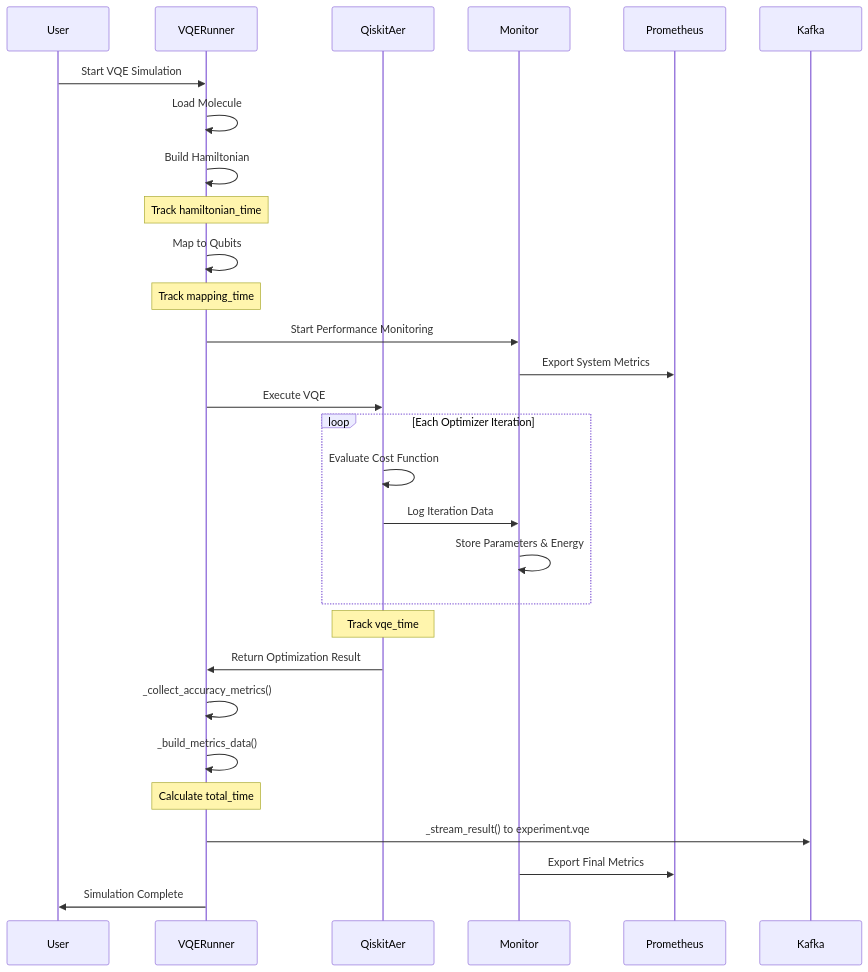
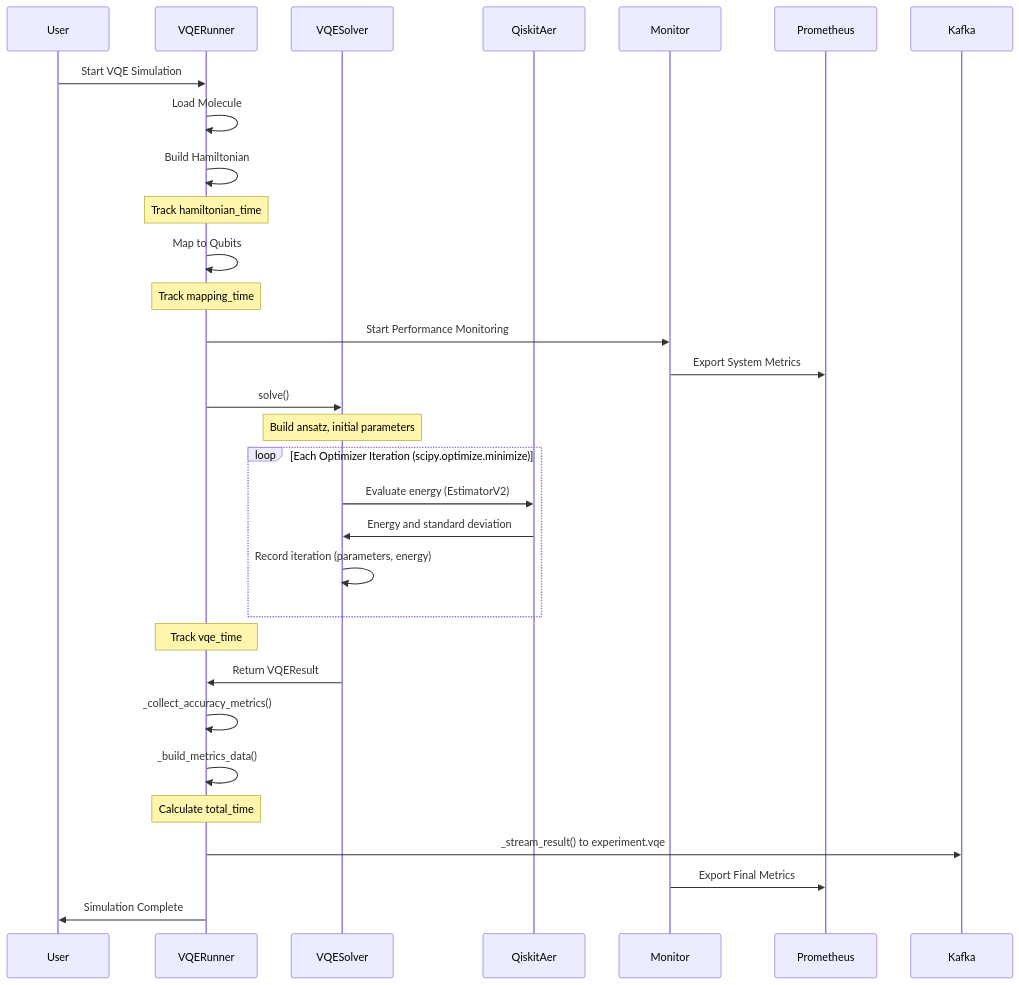
One commit to straightchlorine/quantum-pipeline changed the first of 7 diagrams in docs/architecture/system-design.md. Above: the diagram before and after it, drawn with Mermaid. The commit also changed other lines of this file and 27 other files, not shown here.

````diff
--- a/docs/architecture/system-design.md
+++ b/docs/architecture/system-design.md
@@ -20,37 +25,39 @@
 ```mermaid
 sequenceDiagram
     participant User
     participant VQERunner
+    participant VQESolver
     participant QiskitAer
     participant Monitor
     participant Prometheus
     participant Kafka
 
     User->>VQERunner: Start VQE Simulation
     VQERunner->>VQERunner: Load Molecule
     VQERunner->>VQERunner: Build Hamiltonian
     Note over VQERunner: Track hamiltonian_time
 
     VQERunner->>VQERunner: Map to Qubits
     Note over VQERunner: Track mapping_time
 
     VQERunner->>Monitor: Start Performance Monitoring
     Monitor->>Prometheus: Export System Metrics
 
-    VQERunner->>QiskitAer: Execute VQE
-    loop Each Optimizer Iteration
-        QiskitAer->>QiskitAer: Evaluate Cost Function
-        QiskitAer->>Monitor: Log Iteration Data
-        Monitor->>Monitor: Store Parameters & Energy
+    VQERunner->>VQESolver: solve()
+    Note over VQESolver: Build ansatz, initial parameters
+    loop Each Optimizer Iteration (scipy.optimize.minimize)
+        VQESolver->>QiskitAer: Evaluate energy (EstimatorV2)
+        QiskitAer->>VQESolver: Energy and standard deviation
+        VQESolver->>VQESolver: Record iteration (parameters, energy)
     end
-    Note over QiskitAer: Track vqe_time
+    Note over VQERunner: Track vqe_time
 
-    QiskitAer->>VQERunner: Return Optimization Result
+    VQESolver->>VQERunner: Return VQEResult
     VQERunner->>VQERunner: _collect_accuracy_metrics()
     VQERunner->>VQERunner: _build_metrics_data()
     Note over VQERunner: Calculate total_time
 
     VQERunner->>Kafka: _stream_result() to experiment.vqe
     Monitor->>Prometheus: Export Final Metrics
     VQERunner->>User: Simulation Complete
 ```
````
